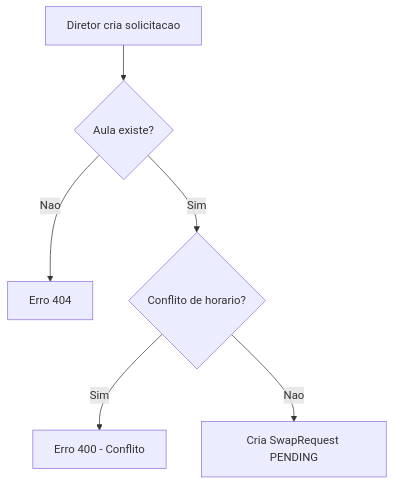
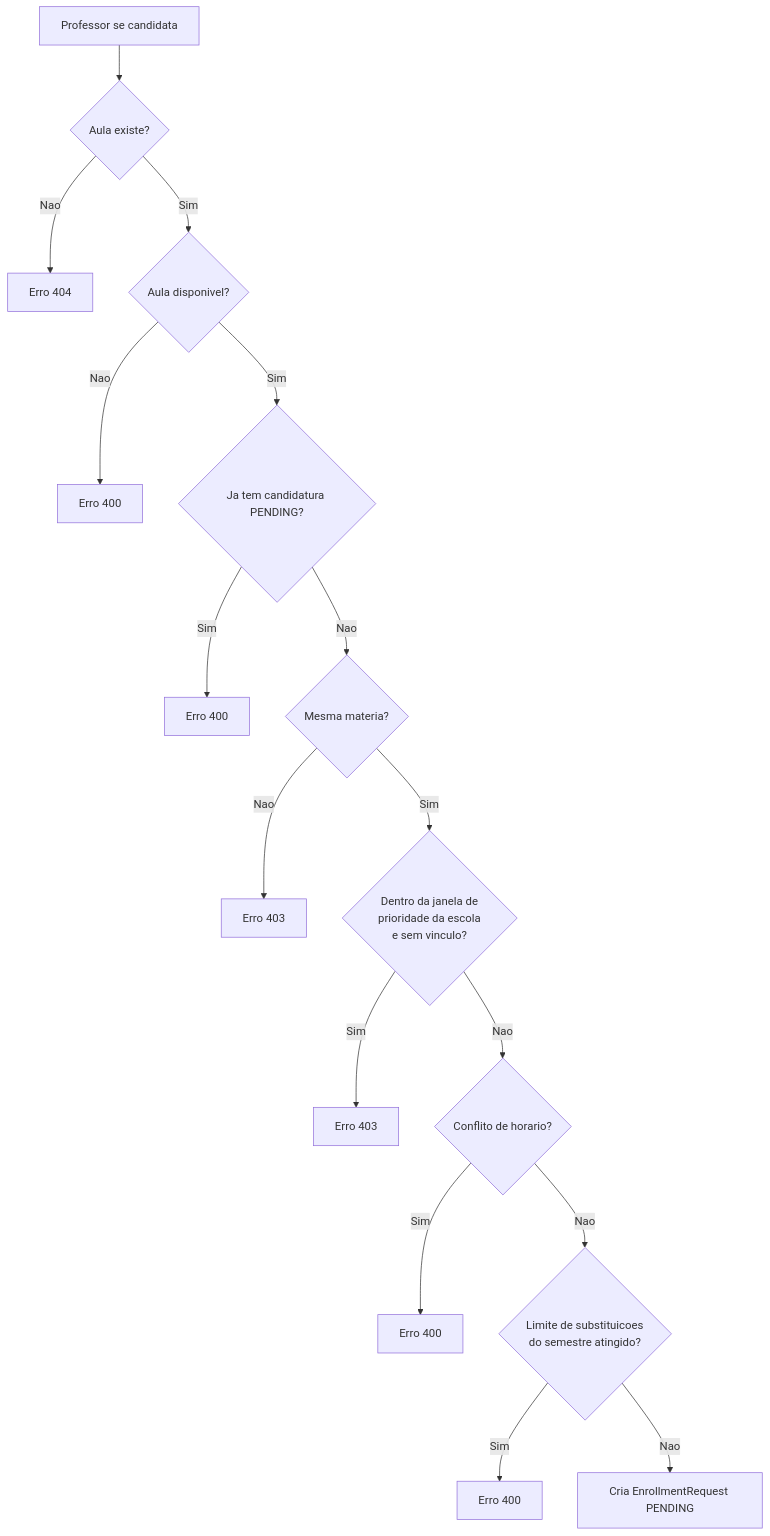
The seventh of 10 diagrams in docs/04-regras-negocio.md (TROCA-AULA/troca-aula-backend), drawn with Mermaid before and after one commit. The commit also changed other lines of this file and 1 other file, not shown here.

First line of the commit message:
docs: corrige documentacao desatualizada de SwapRequest

````diff
--- a/docs/04-regras-negocio.md
+++ b/docs/04-regras-negocio.md
@@ -239,8 +248,18 @@
 ```mermaid
 flowchart TD
-    A[Diretor cria solicitacao] --> B{Aula existe?}
+    A[Professor se candidata] --> B{Aula existe?}
     B -->|Nao| C[Erro 404]
-    B -->|Sim| D{Conflito de horario?}
-    D -->|Sim| E[Erro 400 - Conflito]
-    D -->|Nao| F[Cria SwapRequest PENDING]
+    B -->|Sim| D{Aula disponivel?}
+    D -->|Nao| E[Erro 400]
+    D -->|Sim| F{Ja tem candidatura PENDING?}
+    F -->|Sim| G[Erro 400]
+    F -->|Nao| H{Mesma materia?}
+    H -->|Nao| I[Erro 403]
+    H -->|Sim| J{Dentro da janela de<br/>prioridade da escola<br/>e sem vinculo?}
+    J -->|Sim| K[Erro 403]
+    J -->|Nao| L{Conflito de horario?}
+    L -->|Sim| M[Erro 400]
+    L -->|Nao| N{Limite de substituicoes<br/>do semestre atingido?}
+    N -->|Sim| O[Erro 400]
+    N -->|Nao| P[Cria EnrollmentRequest PENDING]
 ```
````
